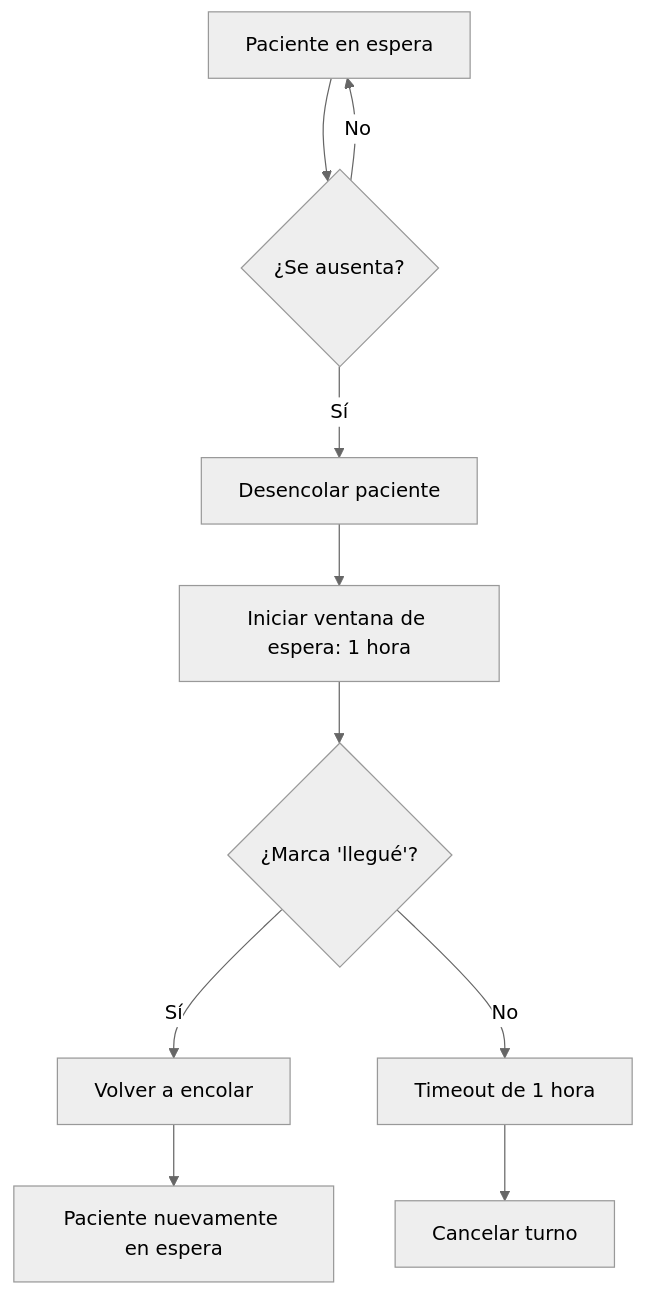
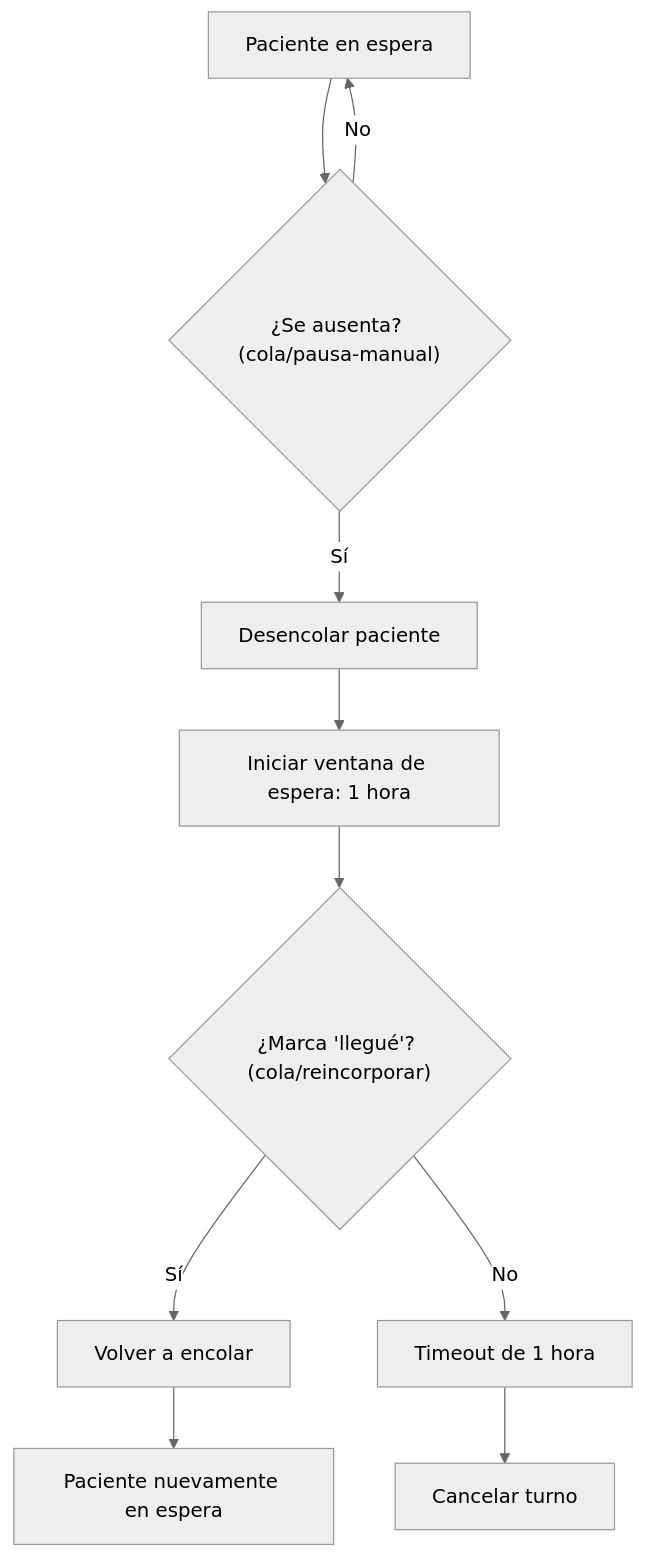
Before and after one commit to MatiasCanevaro/pretriage_backend: the second of 4 diagrams in docs/13-queue-flow.md, drawn with Mermaid (neutral theme). The commit also changed other lines of this file and 5 other files, not shown here.

````diff
--- a/docs/13-queue-flow.md
+++ b/docs/13-queue-flow.md
@@ -18,17 +18,17 @@
 ```mermaid
 flowchart TD
-    A["Paciente en espera"] --> B{"¿Se ausenta?"}
+    A["Paciente en espera"] --> B{"¿Se ausenta? (cola/pausa-manual)"}
 
     B -->|"No"| A
     B -->|"Sí"| C["Desencolar paciente"]
     
     C --> D["Iniciar ventana de espera: 1 hora"]
-    D --> E{"¿Marca 'llegué'?"}
+    D --> E{"¿Marca 'llegué'? (cola/reincorporar)"}
 
     E -->|"Sí"| F["Volver a encolar"]
     E -->|"No"| G["Timeout de 1 hora"]
     
     G --> H["Cancelar turno"]
 
     F --> I["Paciente nuevamente en espera"]
 ```
````
